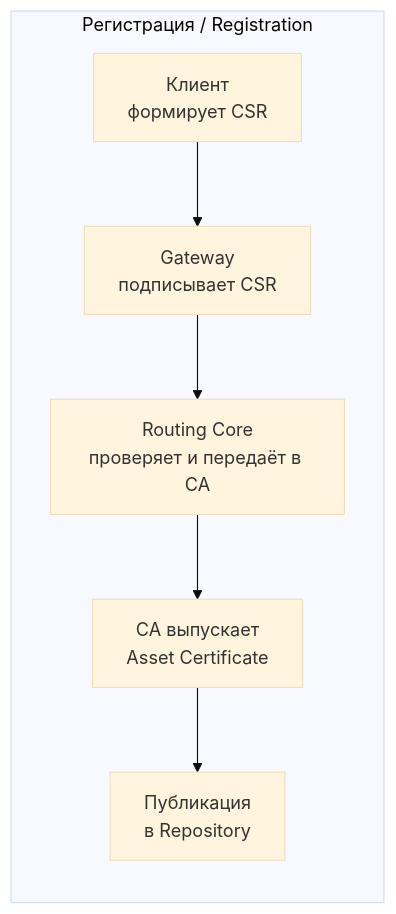
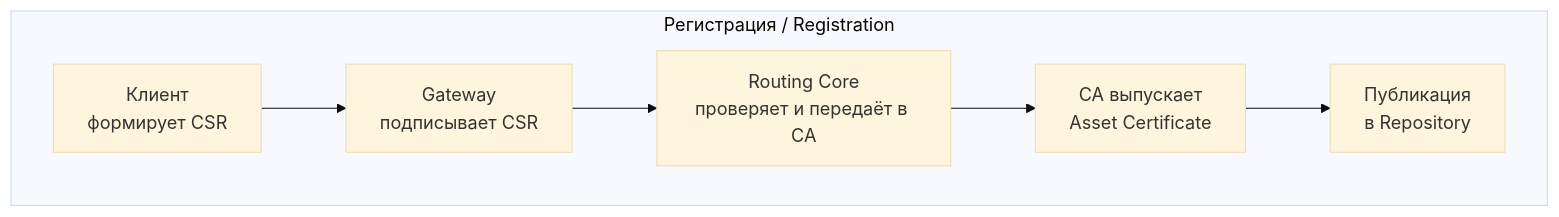
One commit to alexandrzasypkin/TRS changed the second of 3 diagrams in wiki/TRS_14.md. Above: the diagram before and after it, drawn with Mermaid. The commit also changed other lines of this file, not shown here.

Commit message:
Auto-sync from Wiki (post-receive)

````diff
--- a/wiki/TRS_14.md
+++ b/wiki/TRS_14.md
@@ -114,10 +114,10 @@
 ```mermaid
 %%{init: {'flowchart': { 'layout': 'elk', 'curve': 'linear' }, 'theme': 'base' } }%%
-flowchart LR
+flowchart TD
   subgraph REG[Регистрация / Registration]
     UA[Клиент<br/>формирует CSR] --> GWS[Gateway<br/>подписывает CSR]
     GWS --> RCS[Routing Core<br/>проверяет и передаёт в CA]
     RCS --> CAS[CA выпускает<br/>Asset Certificate]
     CAS --> PRS[Публикация<br/>в Repository]
   end
 ```
````
